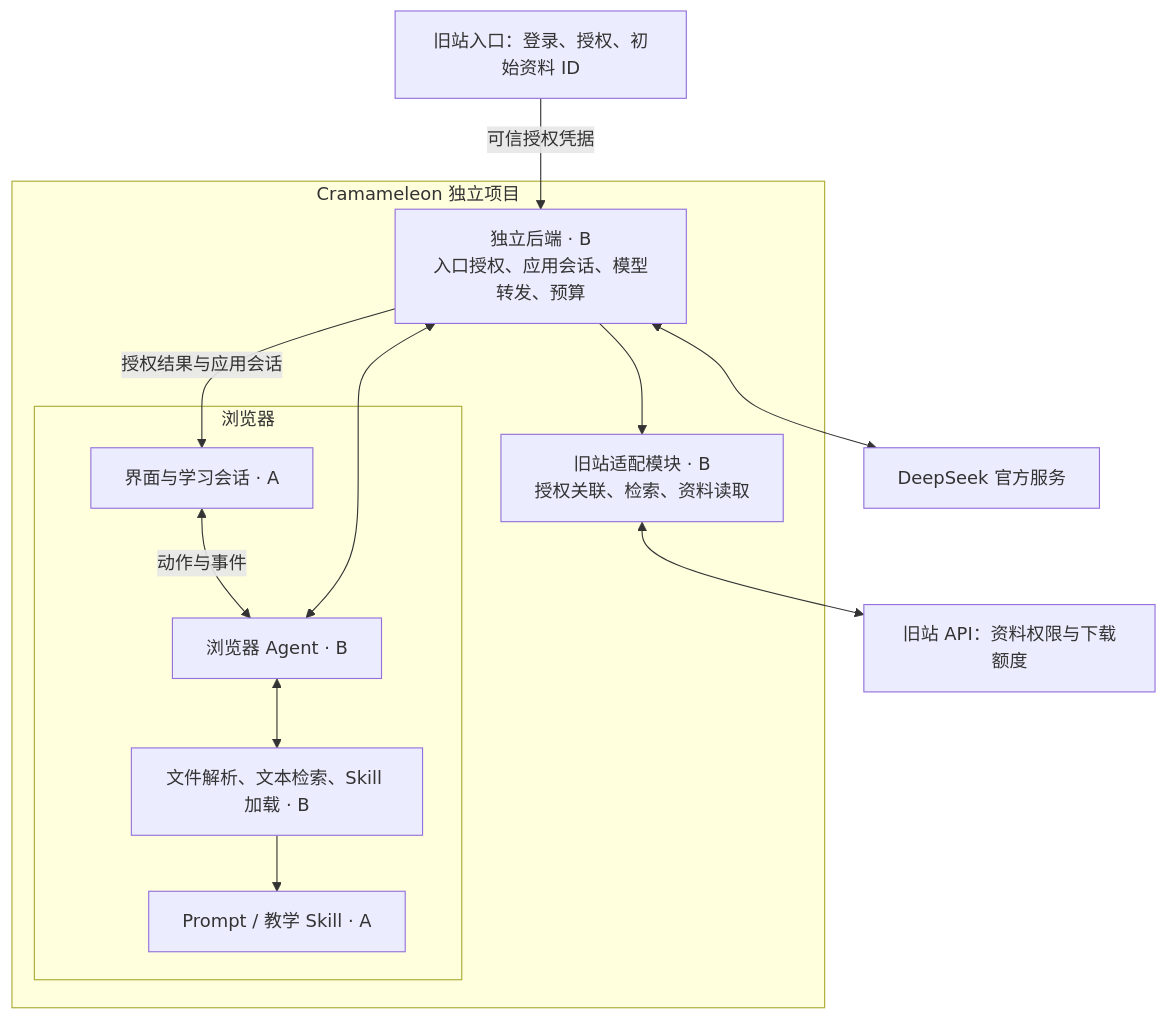
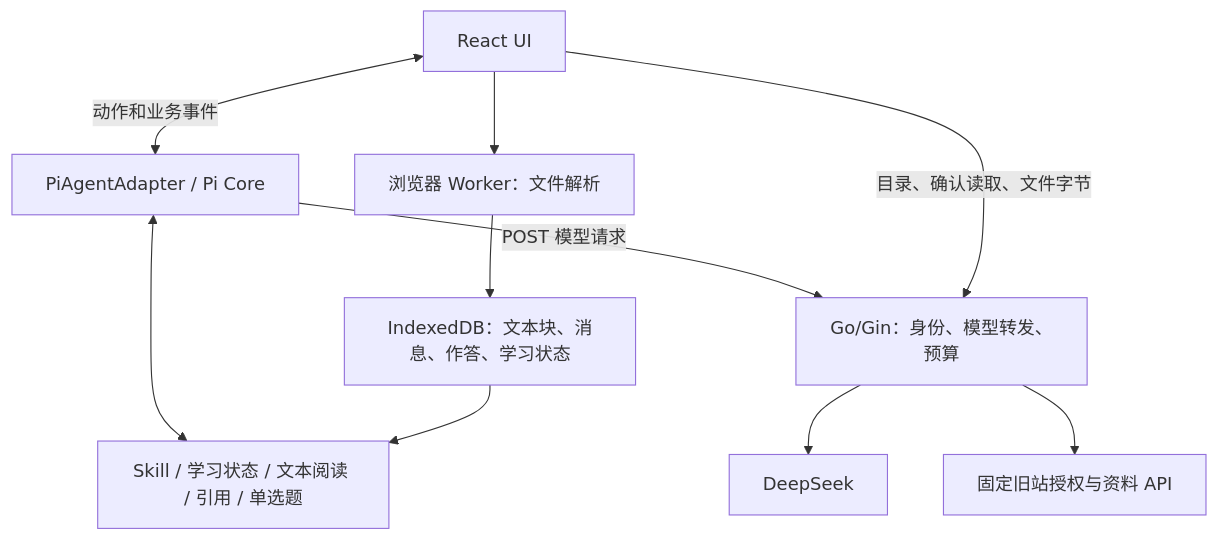
One commit to dormitory604/cramameleon changed the diagram in 项目架构与模块契约.md. Above: the diagram before and after it, drawn with Mermaid. The commit also changed other lines of this file and 39 other files, not shown here.

````diff
--- a/项目架构与模块契约.md
+++ b/项目架构与模块契约.md
@@ -19,25 +22,12 @@
-```mermaid
+~~~mermaid
 flowchart TB
-    Entry["旧站入口：登录、授权、初始资料 ID"]
-
-    subgraph Cram["Cramameleon 独立项目"]
-        subgraph Browser["浏览器"]
-            UI["界面与学习会话 · A"]
-            Agent["浏览器 Agent · B"]
-            Tools["文件解析、文本检索、Skill 加载 · B"]
-            Content["Prompt / 教学 Skill · A"]
-            UI <-->|动作与事件| Agent
-            Agent <--> Tools
-            Tools --> Content
-        end
-        Server["独立后端 · B\n入口授权、应用会话、模型转发、预算"]
-        Adapter["旧站适配模块 · B\n授权关联、检索、资料读取"]
-        Server --> Adapter
-        Agent <--> Server
-    end
-
-    Entry -->|可信授权凭据| Server
-    Server -->|授权结果与应用会话| UI
-    Server <--> Model["DeepSeek 官方服务"]
-    Adapter <--> OldAPI["旧站 API：资料权限与下载额度"]
-```
+    UI["React UI"] <-->|动作和业务事件| Agent["PiAgentAdapter / Pi Core"]
+    Agent <--> Tools["Skill / 学习状态 / 文本阅读 / 引用 / 单选题"]
+    Agent -->|POST 模型请求| Server["Go/Gin：身份、模型转发、预算"]
+    Server --> Model["DeepSeek"]
+    UI -->|目录、确认读取、文件字节| Server
+    Server --> Old["固定旧站授权与资料 API"]
+    UI --> Worker["浏览器 Worker：文件解析"]
+    Worker --> Cache["IndexedDB：文本块、消息、作答、学习状态"]
+    Cache --> Tools
+~~~
````
